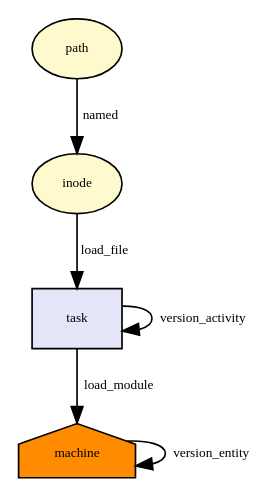
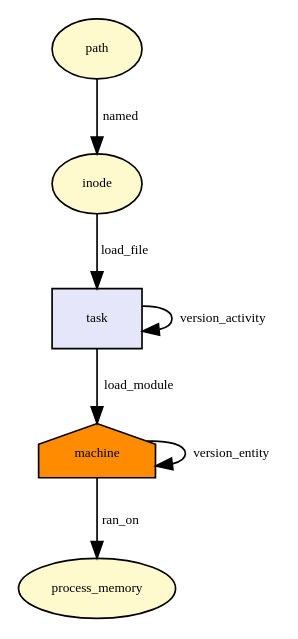
Before and after one commit to CamFlow/camflow-dev: the diagram in docs/dot/kernel_read_file.dot, drawn with Graphviz. The commit also changed 38 other files, not shown here.

```diff
--- a/docs/dot/kernel_read_file.dot
+++ b/docs/dot/kernel_read_file.dot
@@ -1,19 +1,23 @@
-digraph RGL__DirectedAdjacencyGraph {path[fontsize = 8,label = path,shape = ellipse, fillcolor="#fffacd", style = filled]
+digraph RGL__DirectedAdjacencyGraph {machine[fontsize = 8,label = machine,shape = house, fillcolor="#ff8c00", style = filled]
+
+process_memory[fontsize = 8,label = process_memory,shape = ellipse, fillcolor="#fffacd", style = filled]
+
+machine -> process_memory[fontsize = 8,label = ran_on]
+
+path[fontsize = 8,label = path,shape = ellipse, fillcolor="#fffacd", style = filled]
 
 inode[fontsize = 8,label = inode,shape = ellipse, fillcolor="#fffacd", style = filled]
 
 path -> inode[fontsize = 8,label = named]
 
 task[fontsize = 8,label = task,shape = rectangle, fillcolor="#e6e6fa", style = filled]
 
 inode -> task[fontsize = 8,label = load_file]
 
 task -> task[fontsize = 8,label = version_activity]
 
-machine[fontsize = 8,label = machine,shape = house, fillcolor="#ff8c00", style = filled]
-
 task -> machine[fontsize = 8,label = load_module]
 
 machine -> machine[fontsize = 8,label = version_entity]
 
 }
```
